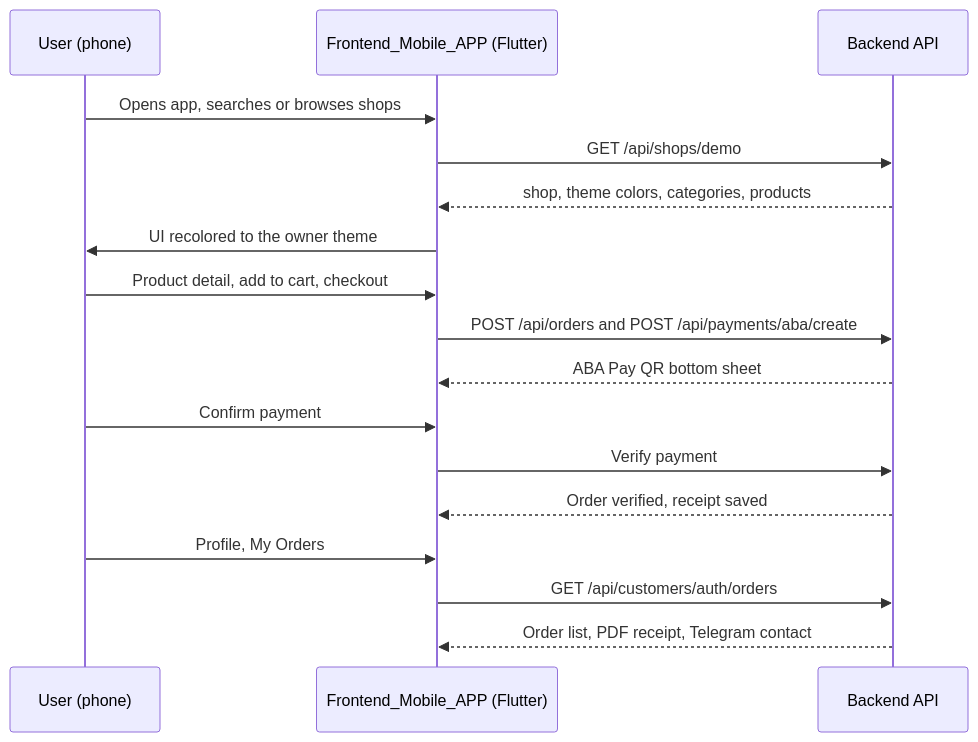
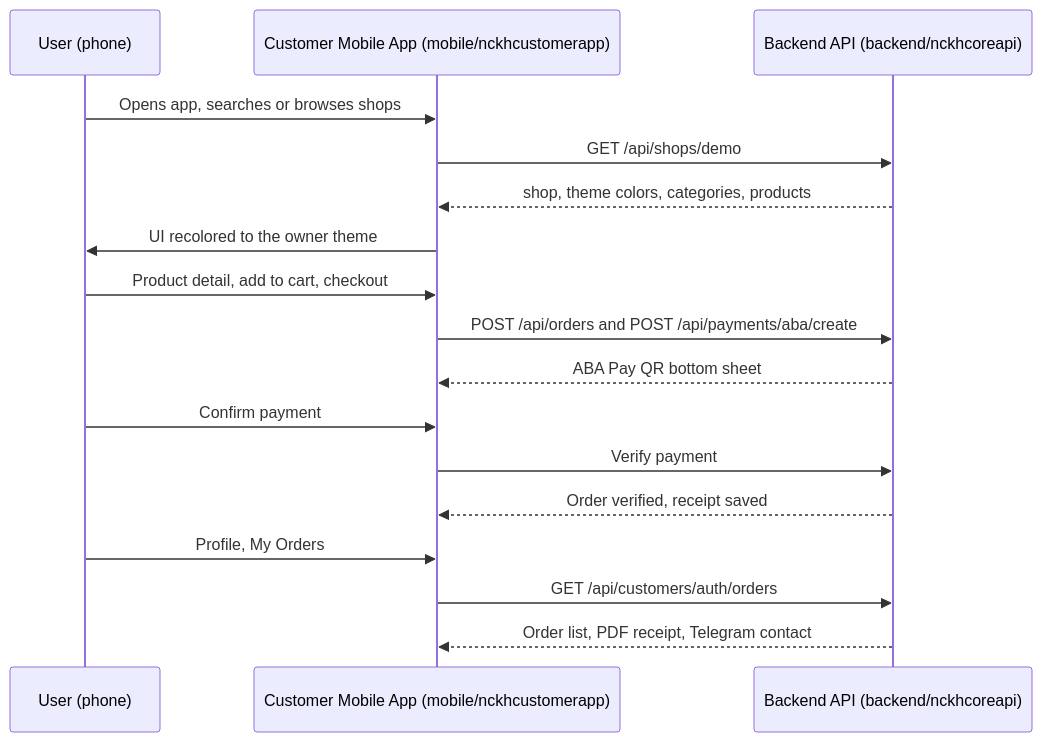
The seventh of 7 diagrams in README.md (sakouksa/nexa-commerce-kh), drawn with Mermaid before and after one commit. The commit also changed other lines of this file and 355 other files, not shown here.

````diff
--- a/README.md
+++ b/README.md
@@ -578,19 +565,19 @@
 ```mermaid
 sequenceDiagram
     participant U as User (phone)
-    participant M as Frontend_Mobile_APP (Flutter)
-    participant A as Backend API
+    participant M as Customer Mobile App (mobile/nckhcustomerapp)
+    participant A as Backend API (backend/nckhcoreapi)
     U->>M: Opens app, searches or browses shops
     M->>A: GET /api/shops/demo
     A-->>M: shop, theme colors, categories, products
     M->>U: UI recolored to the owner theme
     U->>M: Product detail, add to cart, checkout
     M->>A: POST /api/orders and POST /api/payments/aba/create
     A-->>M: ABA Pay QR bottom sheet
     U->>M: Confirm payment
     M->>A: Verify payment
     A-->>M: Order verified, receipt saved
     U->>M: Profile, My Orders
     M->>A: GET /api/customers/auth/orders
     A-->>M: Order list, PDF receipt, Telegram contact
 ```
````
